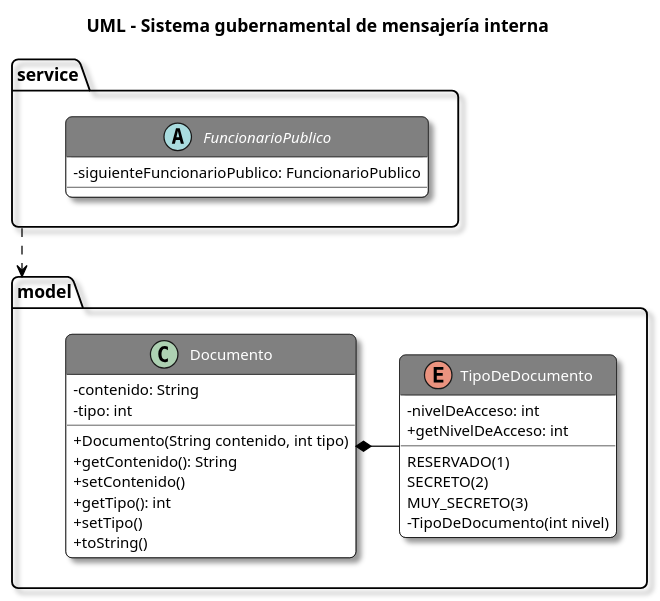
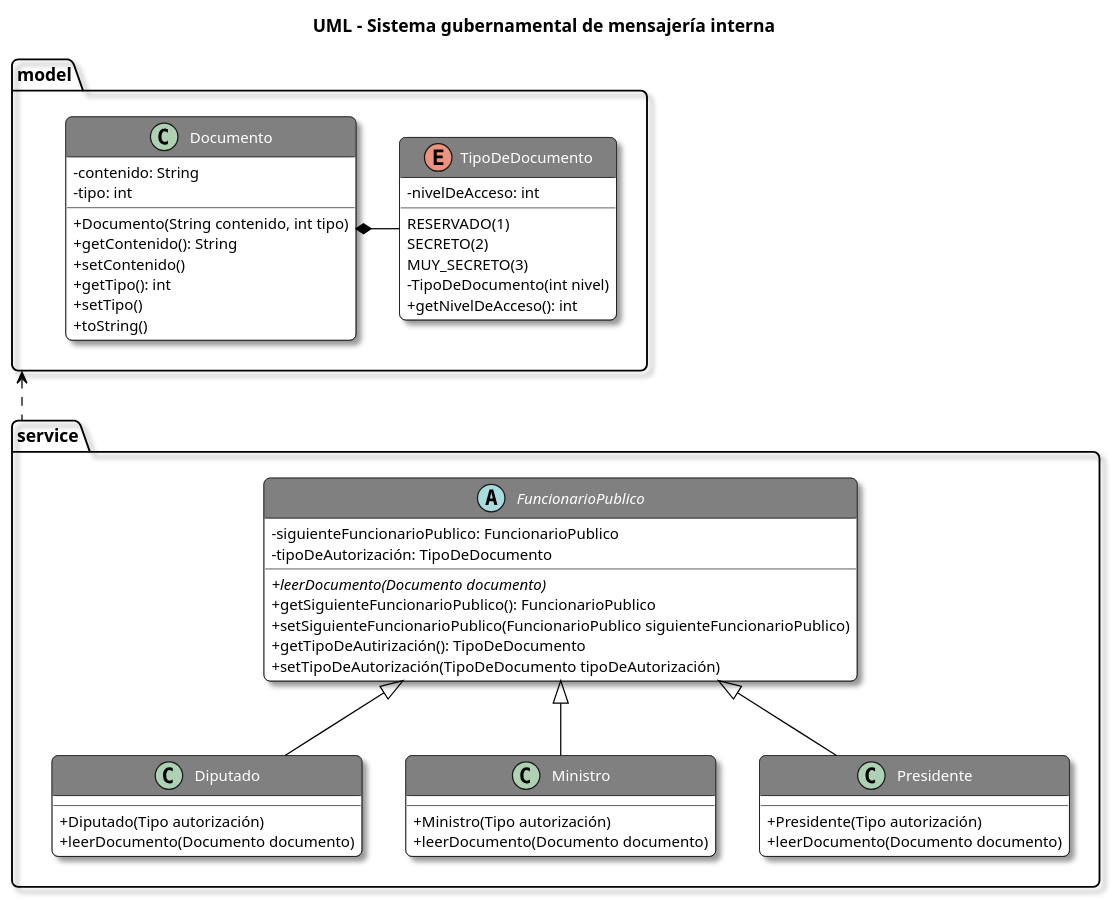
One commit to hfelipeserna/hfelipeserna.github.io changed the diagram in Digital_House-Certified_Tech_Developer/Backend_I/Responsability_chain_pattern/Sistema_mensajería_gubernamental/src/Sistema_mensajería_gubernamental.puml. Above: the diagram before and after it, drawn with PlantUML. The commit also changed 11 other files, not shown here.

```diff
--- a/Digital_House-Certified_Tech_Developer/Backend_I/Responsability_chain_pattern/Sistema_mensajería_gubernamental/src/Sistema_mensajería_gubernamental.puml
+++ b/Digital_House-Certified_Tech_Developer/Backend_I/Responsability_chain_pattern/Sistema_mensajería_gubernamental/src/Sistema_mensajería_gubernamental.puml
@@ -1,67 +1,91 @@
 @startuml
 'https://plantuml.com/class-diagram
 '___________STYLES___________
 title UML - Sistema gubernamental de mensajería interna
 skinparam classAttributeIconSize 0
 skinparam backgroundColor White
 skinparam RoundCorner 10
 skinparam Shadowing true
 
 skinparam class {
     ArrowColor Black
     BackgroundColor White
     HeaderBackgroundColor Gray
     BorderColor Black
     FontColor White
     FontSize 14
     AttributeFontSize 12
 }
 
 skinparam object{
     ArrowColor Black
     BackgroundColor White
     BorderColor Black
     FontColor Black
     FontSize 14
     AttributeFontSize 12
 }
 
 skinparam note {
     BackgroundColor LightYellow
     BorderColor Black
 }
 
 '___________UML___________
 
 package model {
 enum TipoDeDocumento {
 RESERVADO(1)
 SECRETO(2)
 MUY_SECRETO(3)
 -nivelDeAcceso: int
 -TipoDeDocumento(int nivel)
-+getNivelDeAcceso: int
++getNivelDeAcceso(): int
 }
 
 class Documento {
 -contenido: String
 -tipo: int
 +Documento(String contenido, int tipo)
 +getContenido(): String
 +setContenido()
 +getTipo(): int
 +setTipo()
 +toString()
 }
 }
 
 package service {
 abstract FuncionarioPublico {
 - siguienteFuncionarioPublico: FuncionarioPublico
+- tipoDeAutorización: TipoDeDocumento
++{abstract}leerDocumento(Documento documento)
++getSiguienteFuncionarioPublico(): FuncionarioPublico
++setSiguienteFuncionarioPublico(FuncionarioPublico siguienteFuncionarioPublico)
++getTipoDeAutirización(): TipoDeDocumento
++setTipoDeAutorización(TipoDeDocumento tipoDeAutorización)
+}
+
+class Diputado {
++Diputado(Tipo autorización)
++leerDocumento(Documento documento)
+}
+
+class Ministro {
++Ministro(Tipo autorización)
++leerDocumento(Documento documento)
+}
+
+class Presidente {
++Presidente(Tipo autorización)
++leerDocumento(Documento documento)
 }
 }
 
-service ..> model
+model <.. service
 Documento *- TipoDeDocumento
+FuncionarioPublico <|-- Diputado
+FuncionarioPublico <|-- Ministro
+FuncionarioPublico <|-- Presidente
 
 @enduml
```
